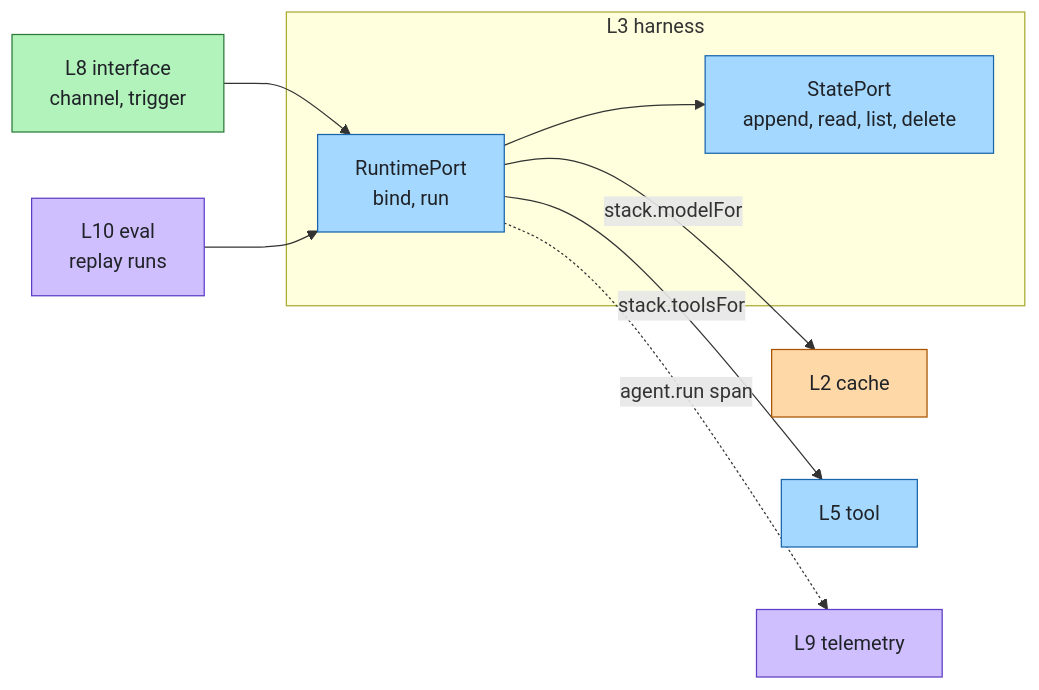
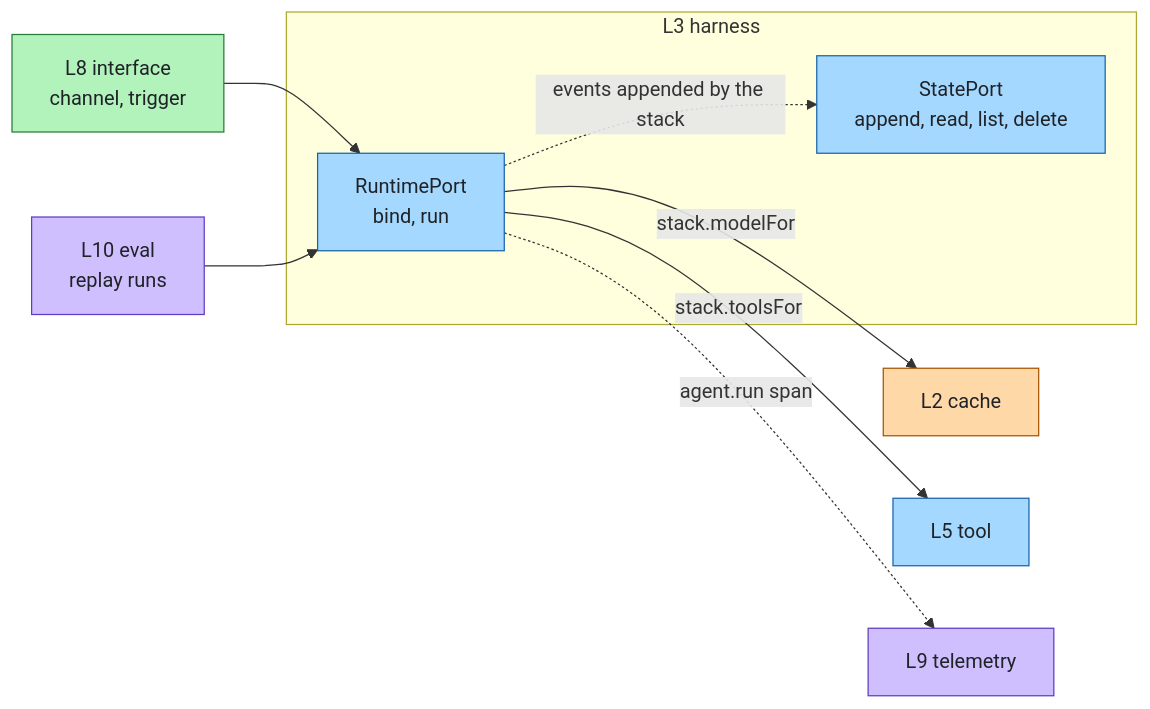
The first of 2 diagrams in docs/layers/harness.md (aantenore/agent-layers), drawn with Mermaid before and after one commit. The commit also changed other lines of this file and 140 other files, not shown here.

````diff
--- a/docs/layers/harness.md
+++ b/docs/layers/harness.md
@@ -49,17 +51,17 @@
 ```mermaid
 flowchart LR
   interface["L8 interface<br/>channel, trigger"]:::experience --> runtime
   eval["L10 eval<br/>replay runs"]:::insight --> runtime
   subgraph sg["L3 harness"]
     runtime["RuntimePort<br/>bind, run"]:::agent
     state["StatePort<br/>append, read, list, delete"]:::agent
   end
-  runtime --> state
+  runtime -.->|"events appended by the stack"| state
   runtime -->|"stack.modelFor"| cache["L2 cache"]:::model
   runtime -->|"stack.toolsFor"| tool["L5 tool"]:::agent
   runtime -.->|"agent.run span"| telemetry["L9 telemetry"]:::insight
   classDef model fill:#ffd8a8,stroke:#a85400,color:#1f2328
   classDef agent fill:#a5d8ff,stroke:#1864ab,color:#1f2328
   classDef experience fill:#b2f2bb,stroke:#2a7a38,color:#1f2328
   classDef insight fill:#d0bfff,stroke:#5f3dc4,color:#1f2328
 ```
````
